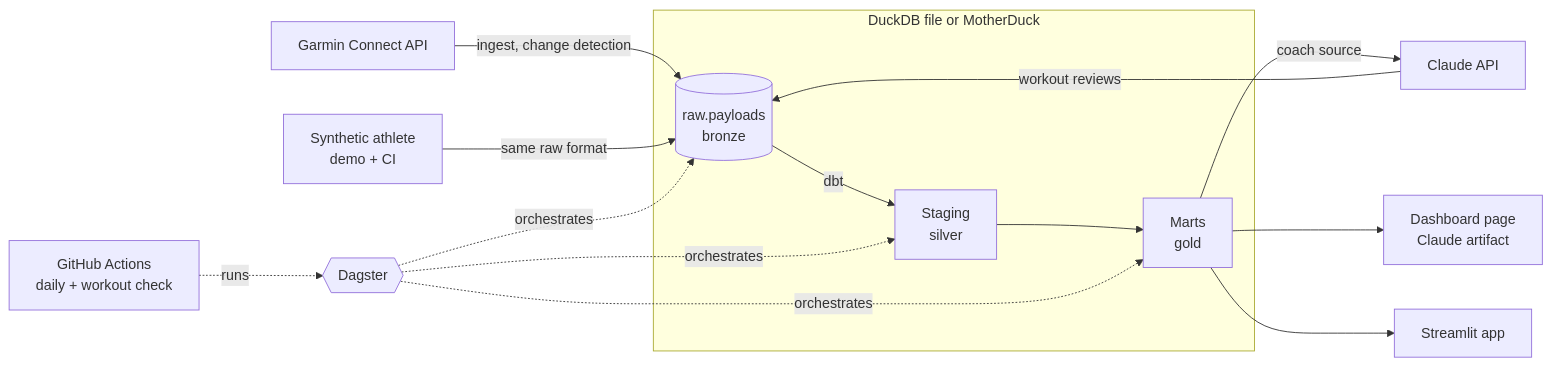
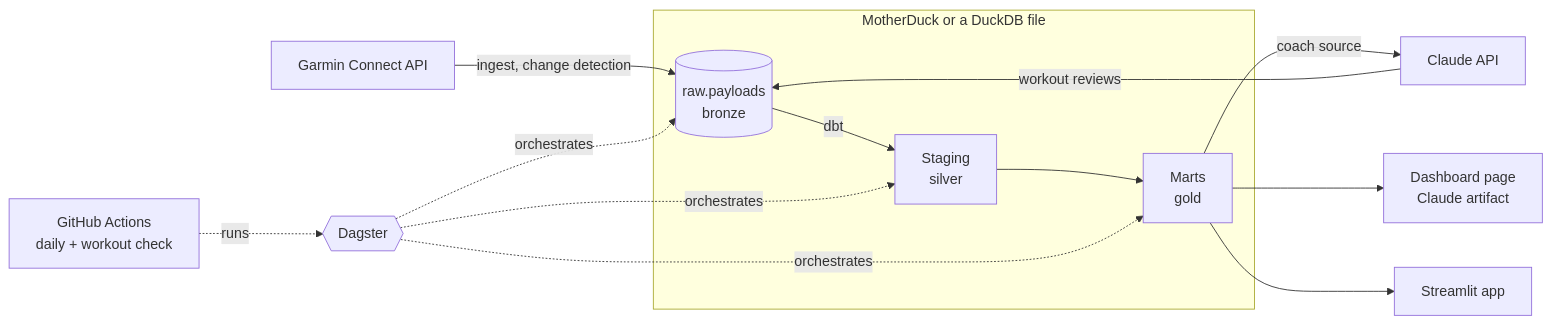
Before and after one commit to arnogarstman/garmin_project: the diagram in README.md, drawn with Mermaid. The commit also changed other lines of this file and 40 other files, not shown here.

First line of the commit message:
Remove the synthetic demo and the DuckDB explorer; README with new pictures

````diff
--- a/README.md
+++ b/README.md
@@ -40,15 +57,14 @@
 ```mermaid
 flowchart LR
     G[Garmin Connect API] -->|ingest, change detection| R
-    S[Synthetic athlete<br/>demo + CI] -->|same raw format| R
-    subgraph DB[DuckDB file or MotherDuck]
+    subgraph DB[MotherDuck or a DuckDB file]
         R[(raw.payloads<br/>bronze)] -->|dbt| ST[Staging<br/>silver]
         ST --> M[Marts<br/>gold]
     end
     M -->|coach source| C[Claude API]
     C -->|workout reviews| R
     M --> P[Dashboard page<br/>Claude artifact]
     M --> D[Streamlit app]
     O{{Dagster}} -.orchestrates.-> R & ST & M
     A[GitHub Actions<br/>daily + workout check] -.runs.-> O
 ```
````
